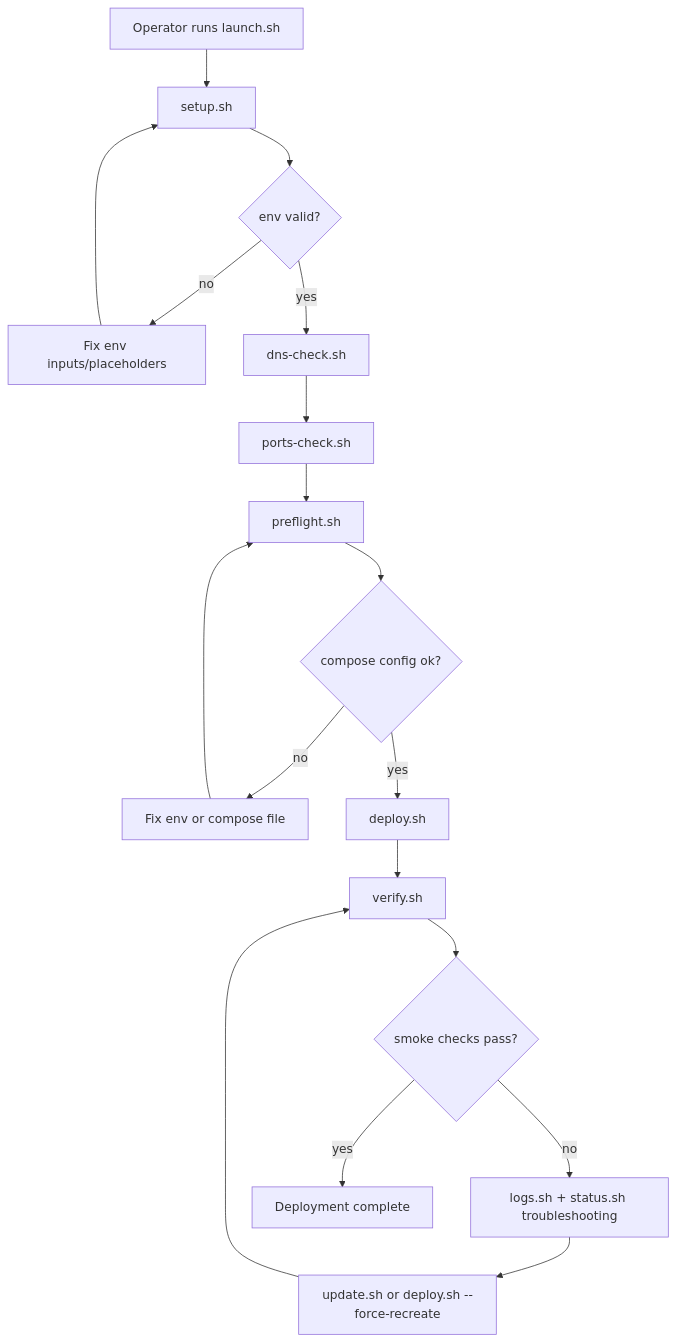
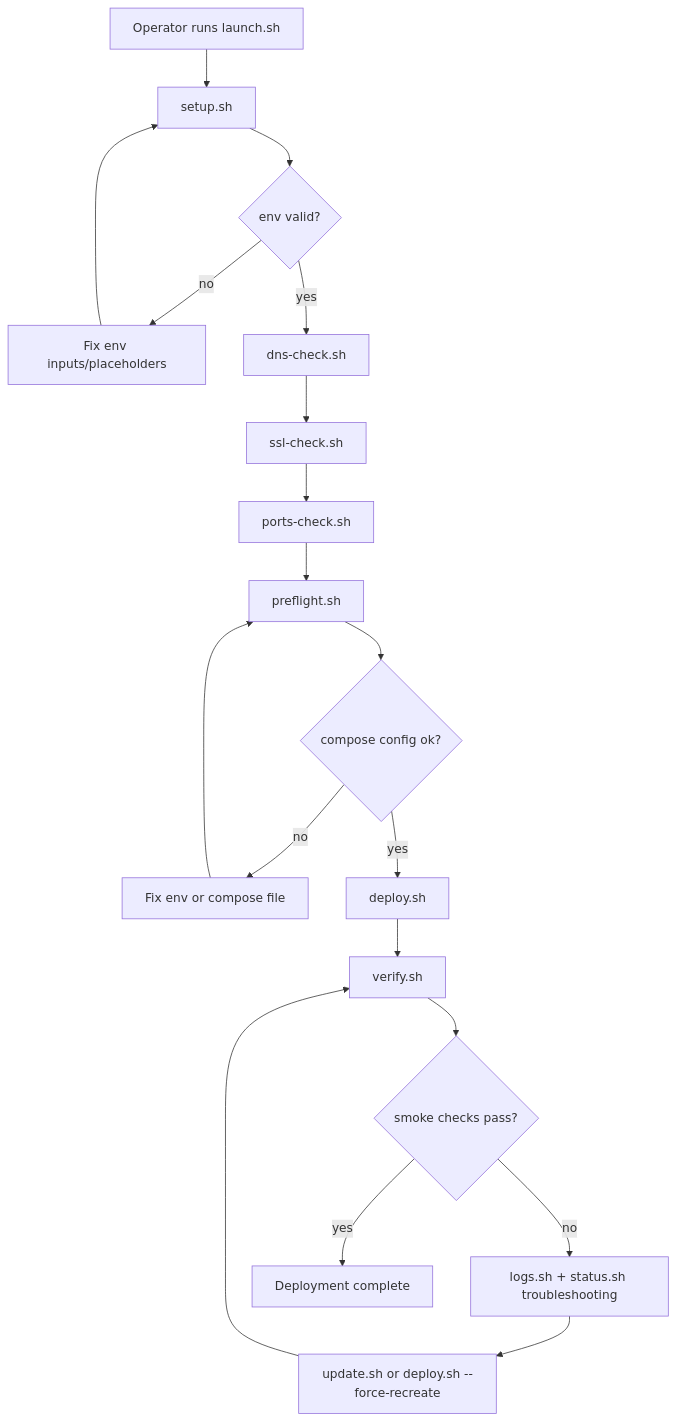
Before and after one commit to AmanVatsSharma/MailZen-Smart-Email-Management: the first of 3 diagrams in deploy/ec2/FLOW.md, drawn with Mermaid. The commit also changed 5 other files, not shown here.

Commit message:
add ssl certificate health check for ec2 domain

````diff
--- a/deploy/ec2/FLOW.md
+++ b/deploy/ec2/FLOW.md
@@ -8,20 +8,21 @@
 ```mermaid
 flowchart TD
   Start[Operator runs launch.sh] --> Setup[setup.sh]
   Setup --> EnvOK{env valid?}
   EnvOK -- no --> FixEnv[Fix env inputs/placeholders]
   FixEnv --> Setup
   EnvOK -- yes --> DnsCheck[dns-check.sh]
-  DnsCheck --> PortsCheck[ports-check.sh]
+  DnsCheck --> SslCheck[ssl-check.sh]
+  SslCheck --> PortsCheck[ports-check.sh]
   PortsCheck --> Preflight[preflight.sh]
   Preflight --> ComposeConfig{compose config ok?}
   ComposeConfig -- no --> FixConfig[Fix env or compose file]
   FixConfig --> Preflight
   ComposeConfig -- yes --> Deploy[deploy.sh]
   Deploy --> Verify[verify.sh]
   Verify --> VerifyOK{smoke checks pass?}
   VerifyOK -- no --> Logs[logs.sh + status.sh troubleshooting]
   Logs --> FixAndRedeploy[update.sh or deploy.sh --force-recreate]
   FixAndRedeploy --> Verify
   VerifyOK -- yes --> Done[Deployment complete]
 ```
````
